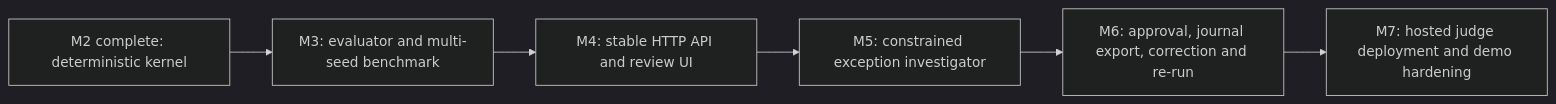
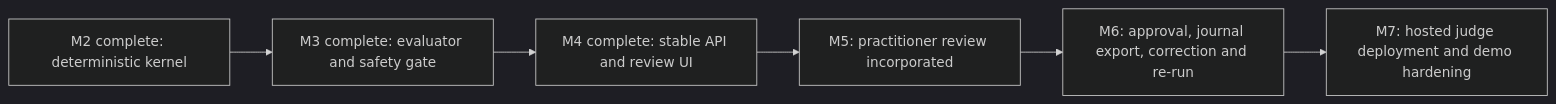
Before and after one commit to chknaren6/VeriClose: diagram 11 of 11 in IMPLEMENTATION_REPORT.md, drawn with Mermaid (dark theme). The commit also changed other lines of this file and 33 other files, not shown here.

````diff
--- a/IMPLEMENTATION_REPORT.md
+++ b/IMPLEMENTATION_REPORT.md
@@ -730,8 +768,8 @@
 ```mermaid
 flowchart LR
-    M2[M2 complete: deterministic kernel] --> M3[M3: evaluator and multi-seed benchmark]
-    M3 --> M4[M4: stable HTTP API and review UI]
-    M4 --> M5[M5: constrained exception investigator]
+    M2[M2 complete: deterministic kernel] --> M3[M3 complete: evaluator and safety gate]
+    M3 --> M4[M4 complete: stable API and review UI]
+    M4 --> M5[M5: practitioner review incorporated]
     M5 --> M6[M6: approval, journal export, correction and re-run]
     M6 --> M7[M7: hosted judge deployment and demo hardening]
 ```
````
